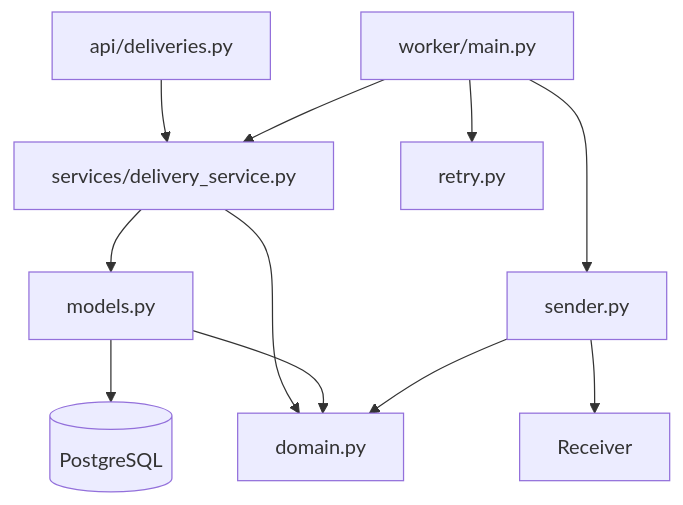
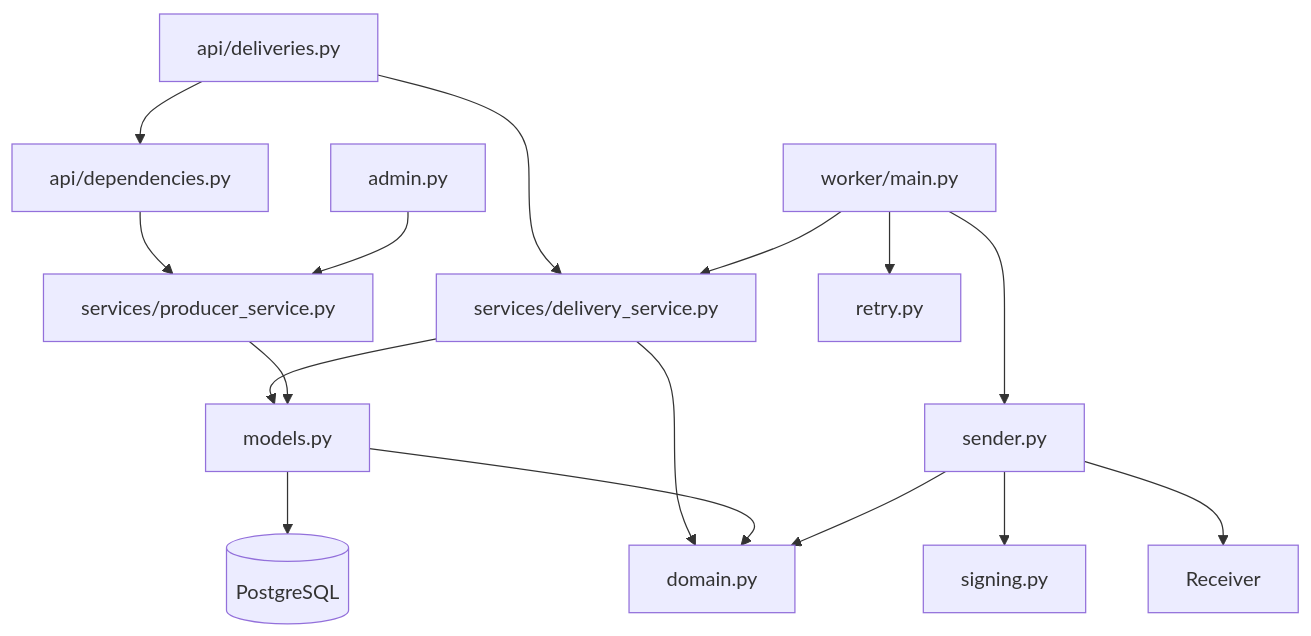
Before and after one commit to DucAnhLe1992/webhook-delivery-service: the second of 8 diagrams in ARCHITECTURE.md, drawn with Mermaid. The commit also changed other lines of this file and 29 other files, not shown here.

````diff
--- a/ARCHITECTURE.md
+++ b/ARCHITECTURE.md
@@ -69,13 +79,18 @@
 ```mermaid
 flowchart TD
-    API[api/deliveries.py] --> SVC[services/delivery_service.py]
+    API[api/deliveries.py] --> DEP[api/dependencies.py]
+    DEP --> PRD[services/producer_service.py]
+    ADM[admin.py] --> PRD
+    API --> SVC[services/delivery_service.py]
     WRK[worker/main.py] --> SVC
     WRK --> SND[sender.py]
     WRK --> RTY[retry.py]
+    SND --> SIG[signing.py]
     SVC --> MOD[models.py]
+    PRD --> MOD
     MOD --> DB[(PostgreSQL)]
     SND --> RCV[Receiver]
     SVC --> DOM[domain.py]
     MOD --> DOM
     SND --> DOM
 ```
````
